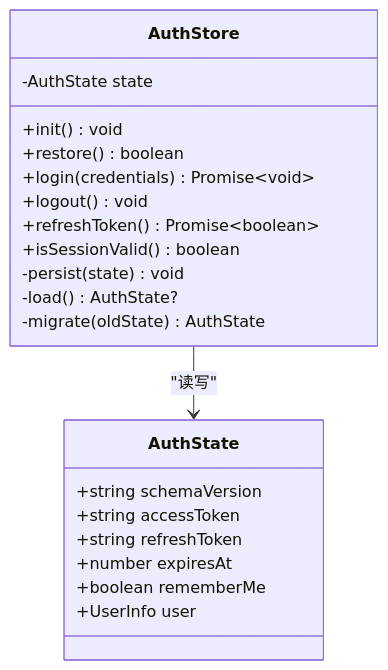
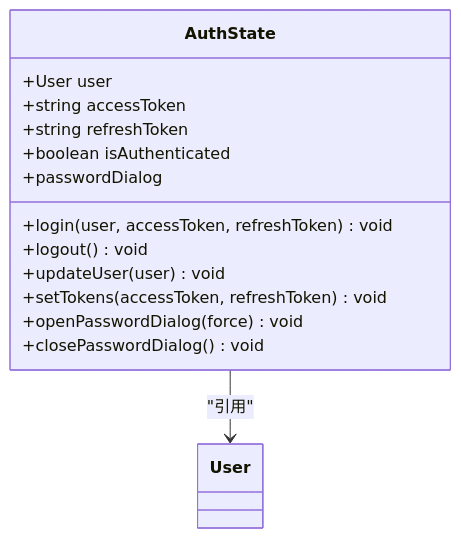
The fourth of 7 diagrams in .qoder/repowiki/zh/content/架构设计/状态管理/状态持久化.md (Damao997/newproject), drawn with Mermaid before and after one commit. The commit also changed other lines of this file and 22 other files, not shown here.

````diff
--- a/.qoder/repowiki/zh/content/架构设计/状态管理/状态持久化.md
+++ b/.qoder/repowiki/zh/content/架构设计/状态管理/状态持久化.md
@@ -176,24 +258,17 @@
 ```mermaid
 classDiagram
 class AuthState {
-+string schemaVersion
++User user
 +string accessToken
 +string refreshToken
-+number expiresAt
-+boolean rememberMe
-+UserInfo user
++boolean isAuthenticated
++passwordDialog
++login(user, accessToken, refreshToken) void
++logout() void
++updateUser(user) void
++setTokens(accessToken, refreshToken) void
++openPasswordDialog(force) void
++closePasswordDialog() void
 }
-class AuthStore {
--AuthState state
-+init() void
-+restore() boolean
-+login(credentials) Promise~void~
-+logout() void
-+refreshToken() Promise~boolean~
-+isSessionValid() boolean
--persist(state) void
--load() AuthState?
--migrate(oldState) AuthState
-}
-AuthStore --> AuthState : "读写"
+AuthState --> User : "引用"
 ```
````
